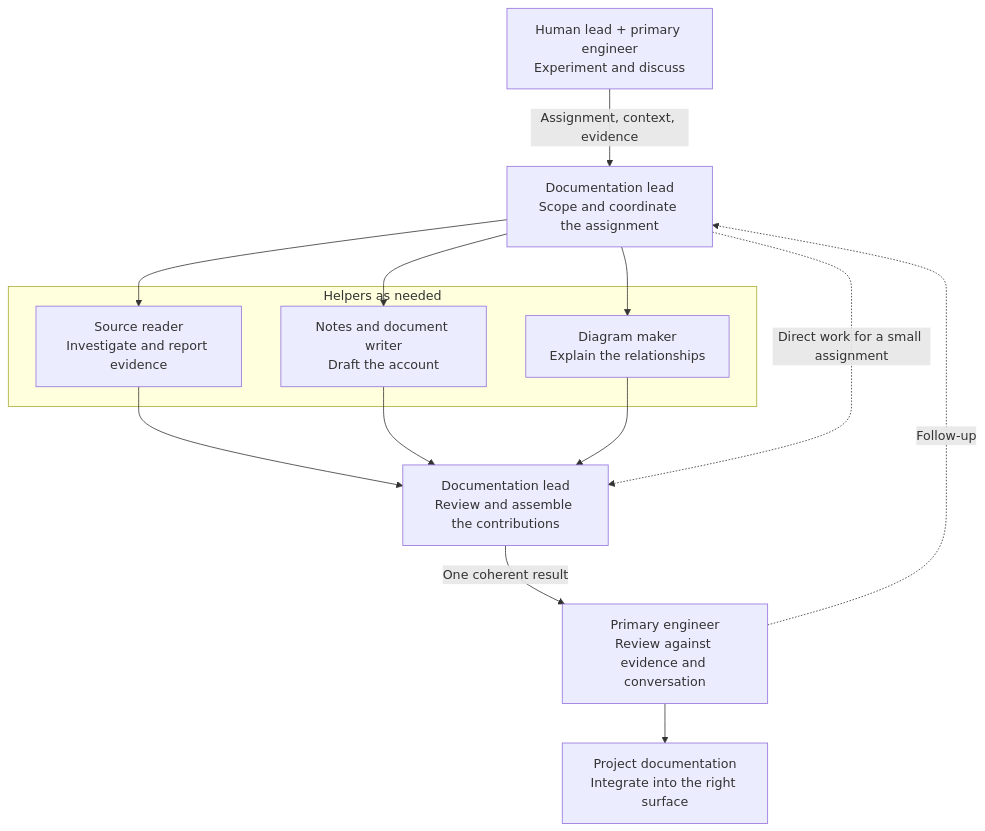
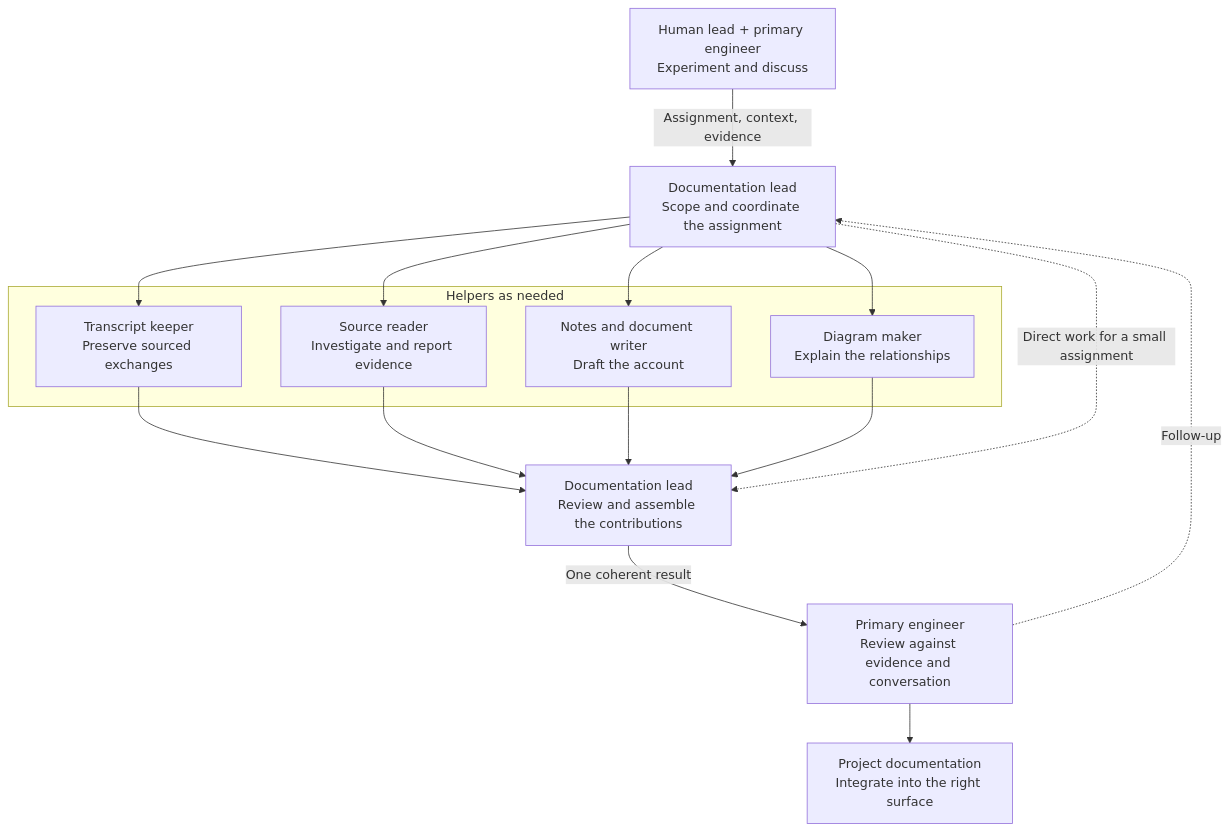
One commit to tryskian/scorey changed the diagram in docs/diagrams/COLLABORATION.md. Above: the diagram before and after it, drawn with Mermaid. The commit also changed other lines of this file and 4 other files, not shown here.

````diff
--- a/docs/diagrams/COLLABORATION.md
+++ b/docs/diagrams/COLLABORATION.md
@@ -11,28 +11,32 @@
 ```mermaid
 flowchart TD
   A["Human lead + primary engineer<br/>Experiment and discuss"]
   B["Documentation lead<br/>Scope and coordinate the assignment"]
+  T["Transcript keeper<br/>Preserve sourced exchanges"]
   C["Source reader<br/>Investigate and report evidence"]
   D["Notes and document writer<br/>Draft the account"]
   E["Diagram maker<br/>Explain the relationships"]
   F["Documentation lead<br/>Review and assemble the contributions"]
   G["Primary engineer<br/>Review against evidence and conversation"]
   H["Project documentation<br/>Integrate into the right surface"]
 
   A -->|"Assignment, context, evidence"| B
   subgraph TEAM["Helpers as needed"]
+    T
     C
     D
     E
   end
+  B --> T
   B --> C
   B --> D
   B --> E
+  T --> F
   C --> F
   D --> F
   E --> F
   B -.->|"Direct work for a small assignment"| F
   F -->|"One coherent result"| G
   G --> H
   G -.->|"Follow-up"| B
 ```
````
